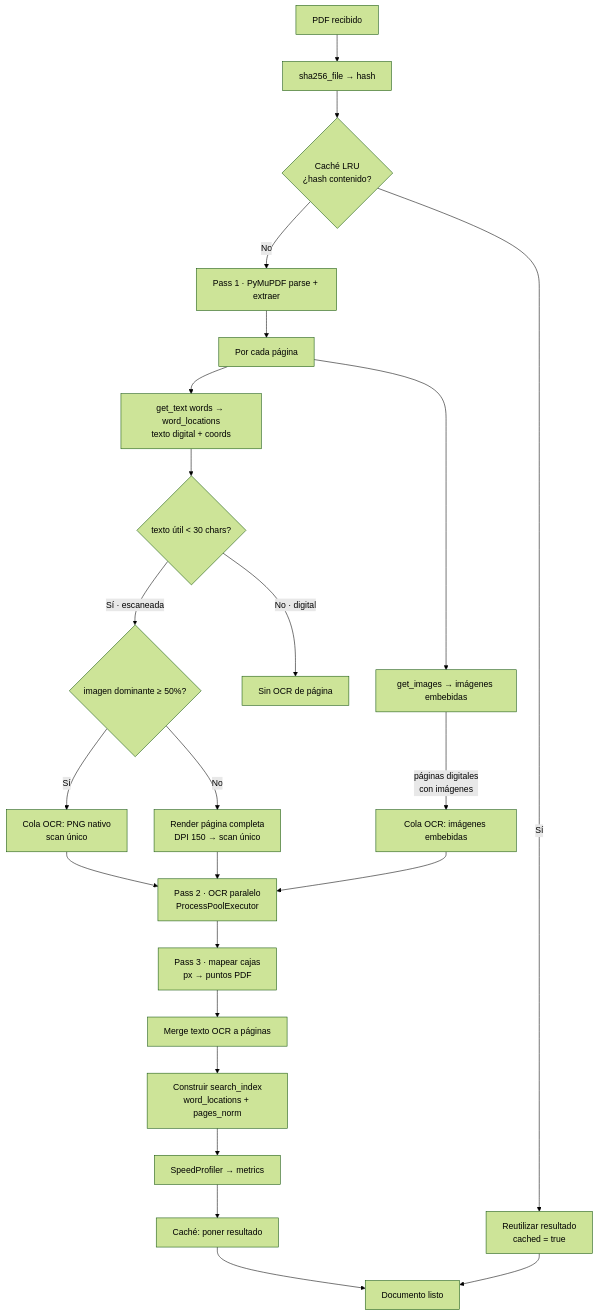
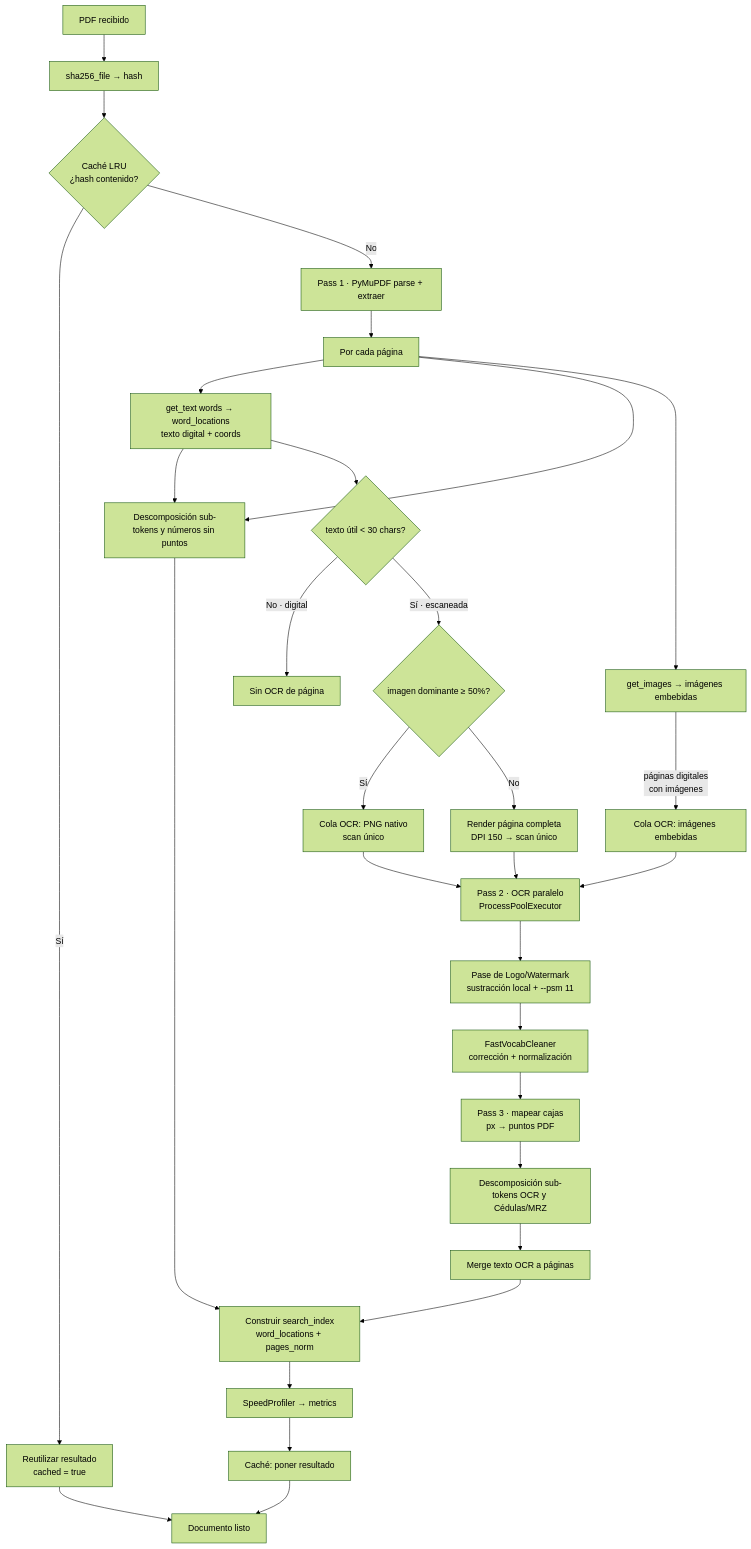
Before and after one commit to estebanp26/PDF-Engine: the second of 10 diagrams in docs/DIAGRAMAS.md, drawn with Mermaid (forest theme). The commit also changed other lines of this file and 5 other files, not shown here.

Commit message:
docs: update project documentation with watermark detection, vocab cleaner, compound indexing, and 4-tier search

````diff
--- a/docs/DIAGRAMAS.md
+++ b/docs/DIAGRAMAS.md
@@ -46,26 +49,32 @@
 ```mermaid
 flowchart TB
     START[PDF recibido] --> H[sha256_file → hash]
     H --> CACHE{Caché LRU<br/>¿hash contenido?}
     CACHE -->|Sí| DONE1[Reutilizar resultado<br/>cached = true]
     CACHE -->|No| PARSE[Pass 1 · PyMuPDF parse + extraer]
     PARSE --> REV[Por cada página]
     REV --> TXT[get_text words → word_locations<br/>texto digital + coords]
+    REV --> SUB1[Descomposición sub-tokens y números sin puntos]
+    TXT --> SUB1
     REV --> IMG[get_images → imágenes embebidas]
     TXT --> CLAS{texto útil < 30 chars?}
     CLAS -->|No · digital| NOOCR[Sin OCR de página]
     CLAS -->|Sí · escaneada| DOM{imagen dominante ≥ 50%?}
     DOM -->|Sí| OCRIMG[Cola OCR: PNG nativo<br/>scan único]
     DOM -->|No| REND[Render página completa<br/>DPI 150 → scan único]
     IMG -->|páginas digitales<br/>con imágenes| OCRIMGS[Cola OCR: imágenes embebidas]
     OCRIMG --> OCR[Pass 2 · OCR paralelo<br/>ProcessPoolExecutor]
     REND --> OCR
     OCRIMGS --> OCR
-    OCR --> MAP[Pass 3 · mapear cajas<br/>px → puntos PDF]
-    MAP --> MERGE[Merge texto OCR a páginas]
+    OCR --> HDR[Pase de Logo/Watermark<br/>sustracción local + --psm 11]
+    HDR --> VOCAB[FastVocabCleaner<br/>corrección + normalización]
+    VOCAB --> MAP[Pass 3 · mapear cajas<br/>px → puntos PDF]
+    MAP --> SUB2[Descomposición sub-tokens OCR y Cédulas/MRZ]
+    SUB2 --> MERGE[Merge texto OCR a páginas]
     MERGE --> IDX2[Construir search_index<br/>word_locations + pages_norm]
+    SUB1 --> IDX2
     IDX2 --> MET[SpeedProfiler → metrics]
     MET --> PUT[Caché: poner resultado]
     PUT --> DONE2[Documento listo]
     DONE1 --> DONE2
 ```
````
